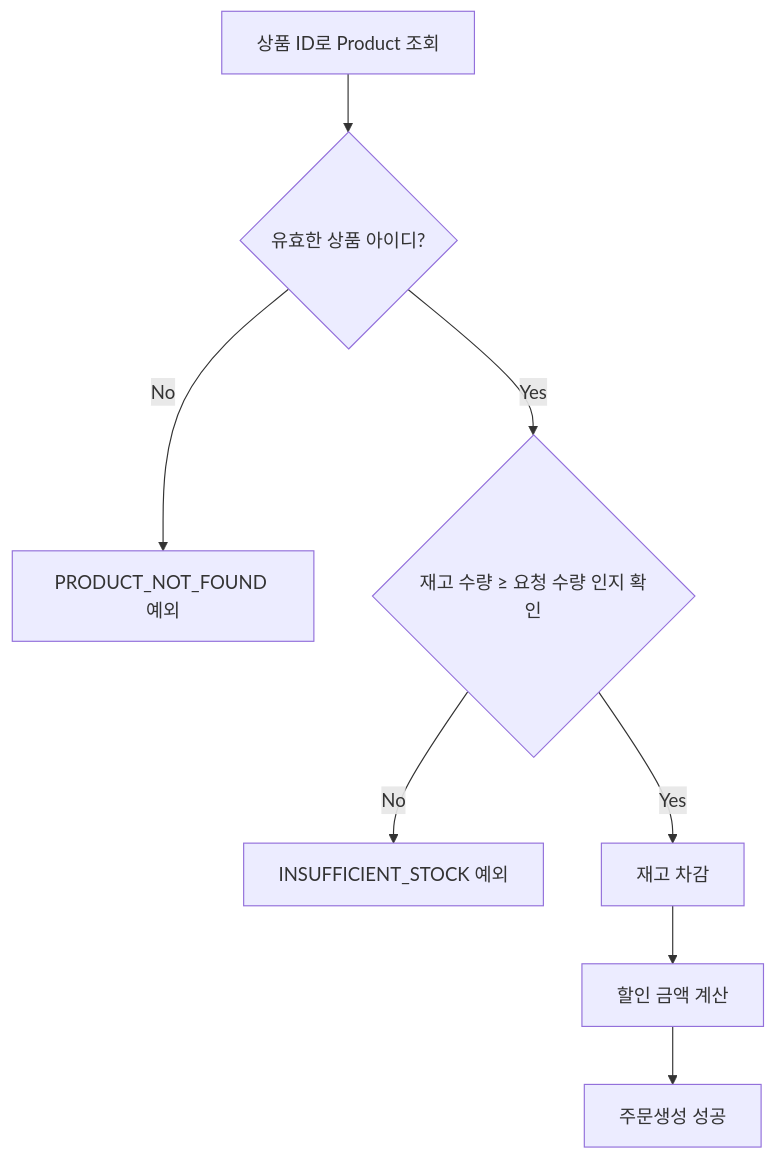
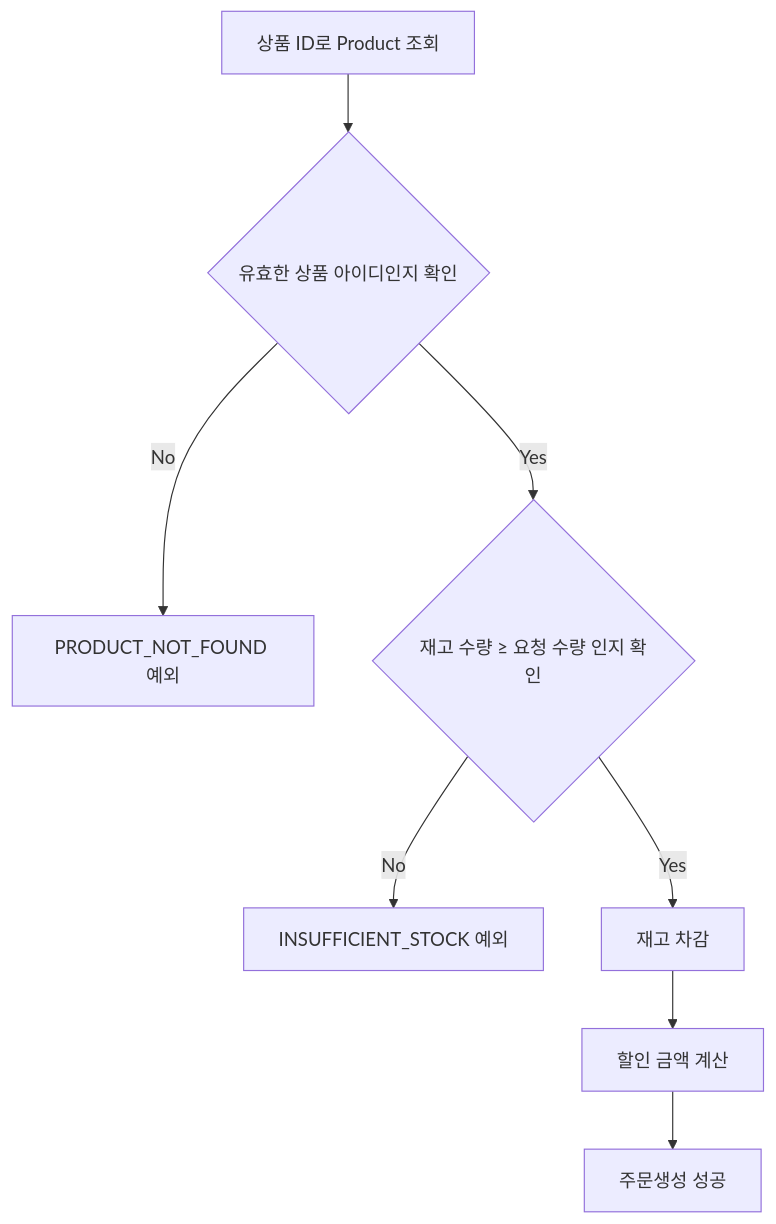
One commit to colorisland/order-service changed the first of 3 diagrams in README.md. Above: the diagram before and after it, drawn with Mermaid. The commit also changed other lines of this file and 7 other files, not shown here.

````diff
--- a/README.md
+++ b/README.md
@@ -113,11 +120,11 @@
 ```mermaid
 graph TD; 
 B[상품 ID로 Product 조회]
-B --> A{유효한 상품 아이디?}
+B --> A{유효한 상품 아이디인지 확인}
 A -- No --> C[PRODUCT_NOT_FOUND 예외]
 A -- Yes --> E{재고 수량 ≥ 요청 수량 인지 확인}
 E -- No --> F[INSUFFICIENT_STOCK 예외]
 E -- Yes --> G[재고 차감]
 G --> H[할인 금액 계산]
 H --> K[주문생성 성공]
 ```
````
